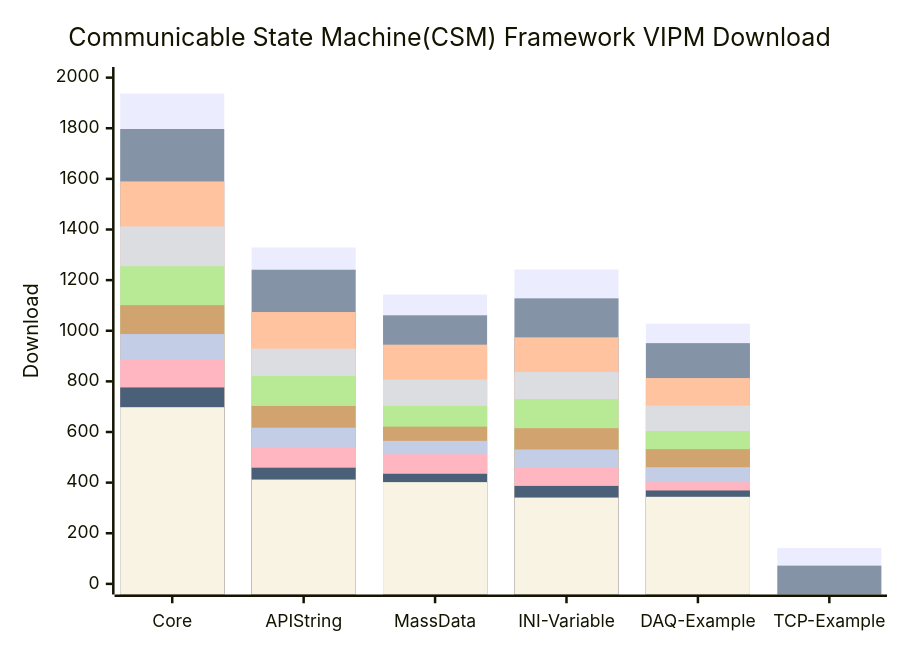
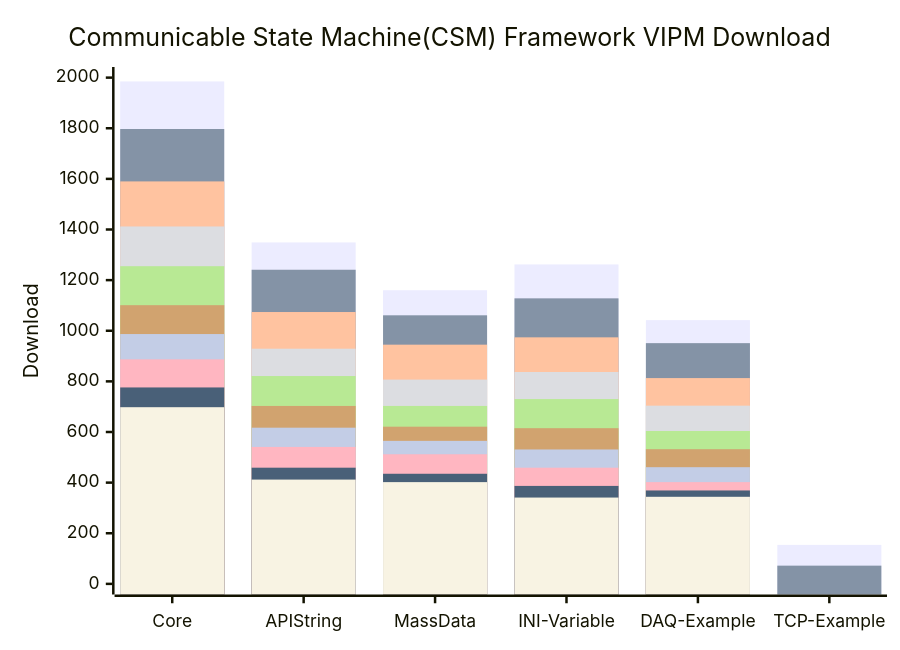
One commit to NEVSTOP-LAB/.github changed the diagram in profile/README.md. Above: the diagram before and after it, drawn with Mermaid.

````diff
--- a/profile/README.md
+++ b/profile/README.md
@@ -31,16 +31,16 @@
 ```mermaid
     xychart-beta
     title "Communicable State Machine(CSM) Framework VIPM Download"
     x-axis [Core, API String, MassData, INI-Variable, DAQ-Example, TCP-Example]
     y-axis "Download" 0 --> 2000
-    bar   [1937, 1329, 1143, 1242, 1028, 142]
+    bar   [1985, 1349, 1160, 1262, 1042, 154]
     bar   [1797, 1241, 1061, 1128, 951, 72]
     bar   [1590, 1074, 945, 974, 813]
     bar   [1412, 929, 807, 837, 704]
     bar   [1255, 821, 703, 730, 604]
     bar   [1101, 703, 621, 615, 532]
     bar   [987, 617, 565, 531, 461]
     bar   [887, 541, 512, 459, 402]
     bar   [776, 459, 435, 387, 369]
     bar   [698, 412, 402, 341, 344]
 ```
````
